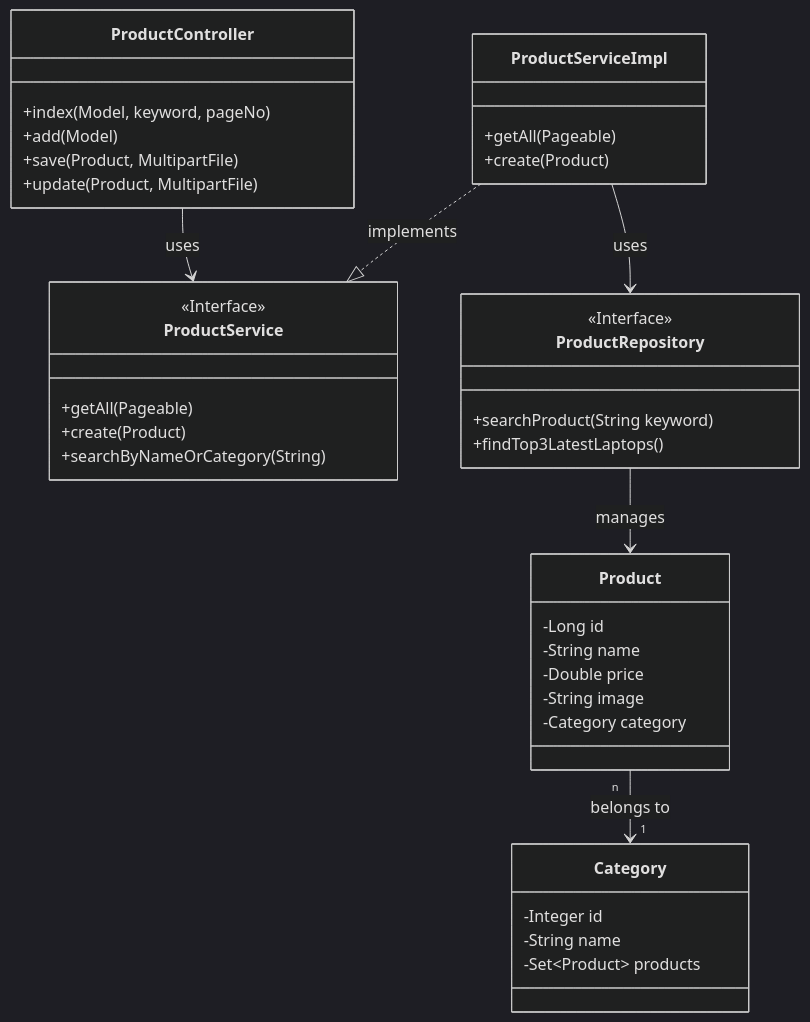
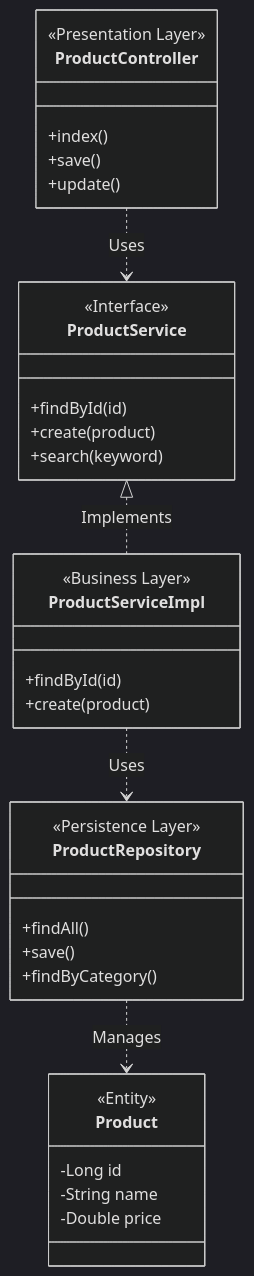
Before and after one commit to manhnx05/SA25-26_ClassN02_Group09: the diagram in SRC/README.md, drawn with Mermaid (dark theme). The commit also changed other lines of this file and 9 other files, not shown here.

````diff
--- a/SRC/README.md
+++ b/SRC/README.md
@@ -69,47 +173,43 @@
 ```mermaid
 classDiagram
+    direction TB
+    
     class ProductController {
-        +index(Model, keyword, pageNo)
-        +add(Model)
-        +save(Product, MultipartFile)
-        +update(Product, MultipartFile)
+        <<Presentation Layer>>
+        +index()
+        +save()
+        +update()
     }
 
     class ProductService {
         <<Interface>>
-        +getAll(Pageable)
-        +create(Product)
-        +searchByNameOrCategory(String)
+        +findById(id)
+        +create(product)
+        +search(keyword)
     }
 
     class ProductServiceImpl {
-        +getAll(Pageable)
-        +create(Product)
+        <<Business Layer>>
+        +findById(id)
+        +create(product)
     }
 
     class ProductRepository {
-        <<Interface>>
-        +searchProduct(String keyword)
-        +findTop3LatestLaptops()
+        <<Persistence Layer>>
+        +findAll()
+        +save()
+        +findByCategory()
     }
 
     class Product {
+        <<Entity>>
         -Long id
         -String name
         -Double price
-        -String image
-        -Category category
-    }
-    
-    class Category {
-        -Integer id
-        -String name
-        -Set~Product~ products
     }
 
-    ProductController --> ProductService : uses
-    ProductServiceImpl ..|> ProductService : implements
-    ProductServiceImpl --> ProductRepository : uses
-    ProductRepository --> Product : manages
-    Product "n" --> "1" Category : belongs to
+    ProductController ..> ProductService : Uses
+    ProductService <|.. ProductServiceImpl : Implements
+    ProductServiceImpl ..> ProductRepository : Uses
+    ProductRepository ..> Product : Manages
 ```
````
